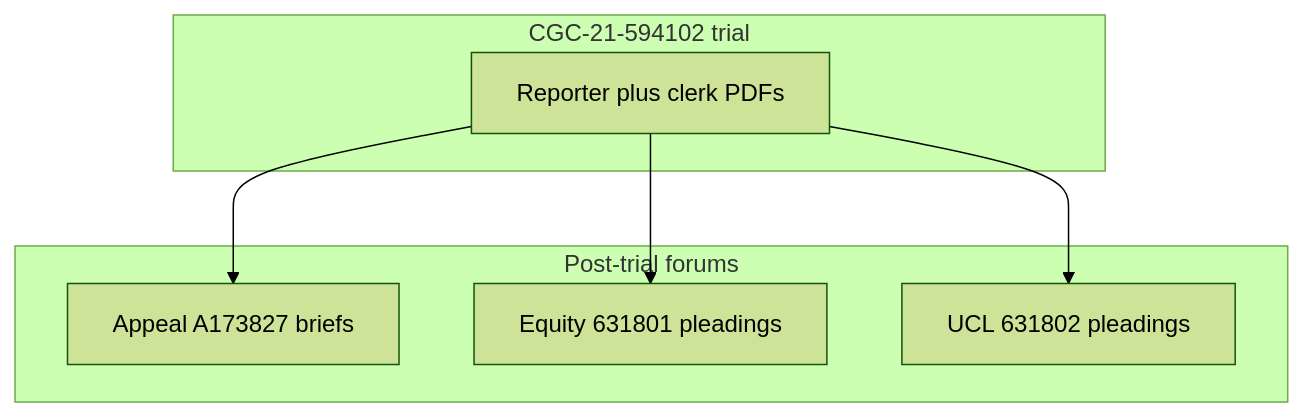
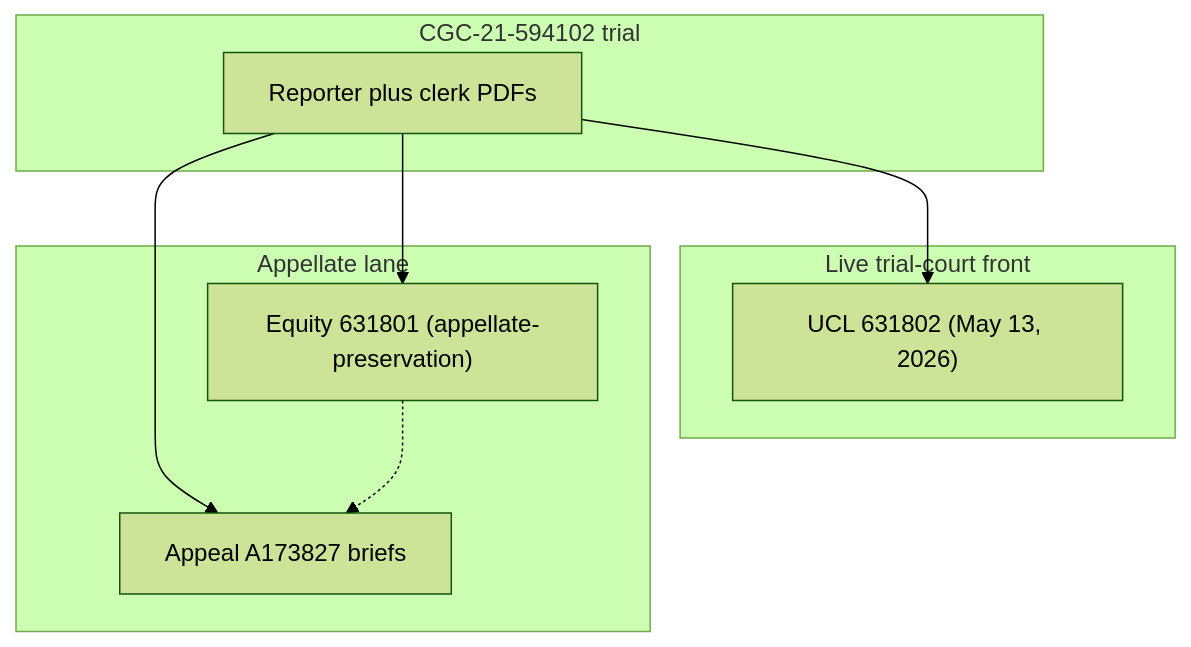
Before and after one commit to Municipal-Public-Trust-in-A-i/CSAA-ABDELHALIM-WONG-PSA-CSK: the diagram in CASE-DOSSIER.md, drawn with Mermaid (forest theme). The commit also changed other lines of this file and 34 other files, not shown here.

First line of the commit message:
Update case posture and add appellate-preservation materials for CGC-25-631801

````diff
--- a/CASE-DOSSIER.md
+++ b/CASE-DOSSIER.md
@@ -35,14 +37,17 @@
 ```mermaid
 flowchart TB
   subgraph trial ["CGC-21-594102 trial"]
     TR["Reporter plus clerk PDFs"]
   end
-  subgraph post ["Post-trial forums"]
+  subgraph live ["Live trial-court front"]
+    UC["UCL 631802 (May 13, 2026)"]
+  end
+  subgraph appellate ["Appellate lane"]
     AP["Appeal A173827 briefs"]
-    EQ["Equity 631801 pleadings"]
-    UC["UCL 631802 pleadings"]
+    EQ["Equity 631801 (appellate-preservation)"]
   end
   TR --> AP
   TR --> EQ
   TR --> UC
+  EQ -.-> AP
 ```
````
